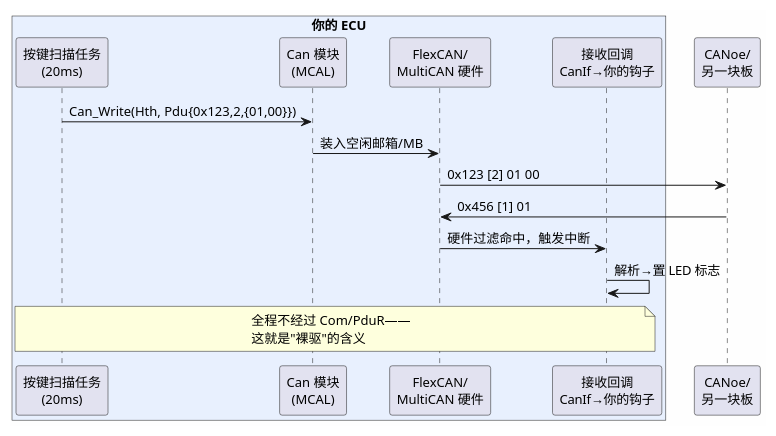
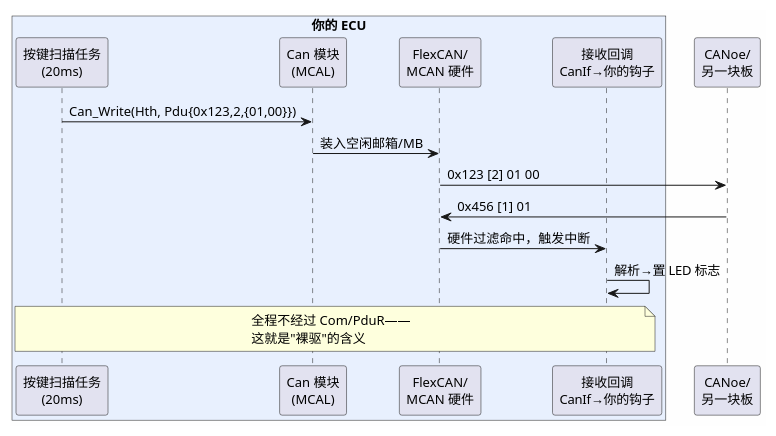
Before and after one commit to Mr-DCM/Autosar-Embedded-Notes: the diagram in 嵌入式工程师知识库/12-项目实战/1-L1基础/练手项目/03-CAN裸驱收发.md, drawn with PlantUML. The commit also changed other lines of this file and 40 other files, not shown here.

Commit message:
全库: P1技术修正32处（MultiCAN→MCAN×10、E2E-P05计数器、EcuM-API归属、RCM_SRS、F186语义、vTaskList签名、EXC_RETURN位2等13区）+ 芯片行业版图补审修复6处红旗（AM263x不支持Linux/TMS570核型/e200授权/DRA829锁步核/CanTrcv调用链/TLF喂狗机制）

````diff
--- a/嵌入式工程师知识库/12-项目实战/1-L1基础/练手项目/03-CAN裸驱收发.md
+++ b/嵌入式工程师知识库/12-项目实战/1-L1基础/练手项目/03-CAN裸驱收发.md
@@ -21,20 +21,20 @@
 ```plantuml
 @startuml
 skinparam backgroundColor #FEFEFE
 skinparam defaultFontSize 13
 box "你的 ECU" #E8F0FE
 participant "按键扫描任务\n(20ms)" as Task
 participant "Can 模块\n(MCAL)" as Can
-participant "FlexCAN/\nMultiCAN 硬件" as Hw
+participant "FlexCAN/\nMCAN 硬件" as Hw
 participant "接收回调\nCanIf→你的钩子" as Rx
 end box
 participant "CANoe/\n另一块板" as Peer
 Task -> Can : Can_Write(Hth, Pdu{0x123,2,{01,00}})
 Can -> Hw : 装入空闲邮箱/MB
 Hw -> Peer : 0x123 [2] 01 00
 Peer -> Hw : 0x456 [1] 01
 Hw -> Rx : 硬件过滤命中，触发中断
 Rx -> Rx : 解析→置 LED 标志
 note over Rx,Task : 全程不经过 Com/PduR——\n这就是"裸驱"的含义
 @enduml
 ```
````
